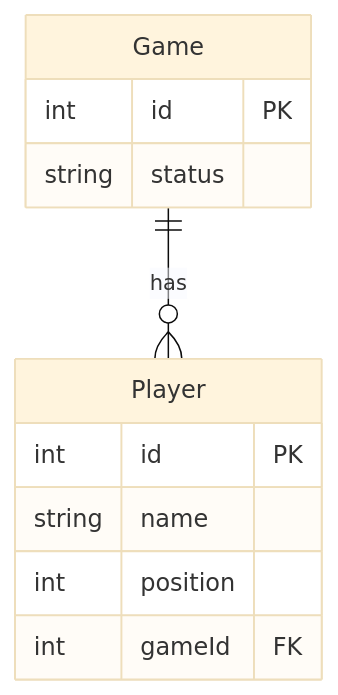
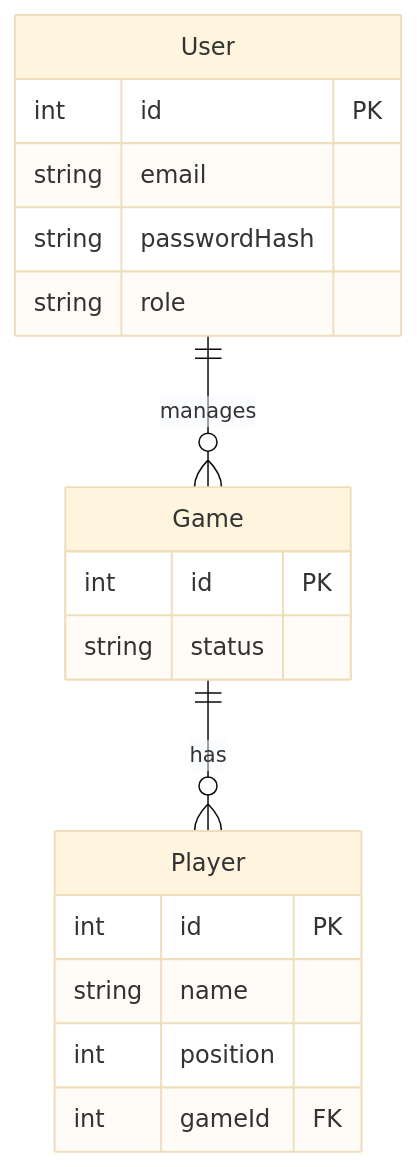
Before and after one commit to Psacevedo/Web2025-2: the diagram in docs/er.md, drawn with Mermaid (base theme). The commit also changed 26 other files, not shown here.

````diff
--- a/docs/er.md
+++ b/docs/er.md
@@ -3,14 +3,21 @@
 ```mermaid
 erDiagram
   Game ||--o{ Player : has
+  User ||--o{ Game : manages
   Game {
     int id PK
     string status
   }
   Player {
     int id PK
     string name
     int position
     int gameId FK
   }
+  User {
+    int id PK
+    string email
+    string passwordHash
+    string role
+  }
 ```
````
